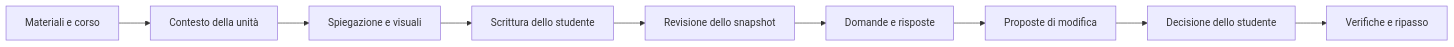
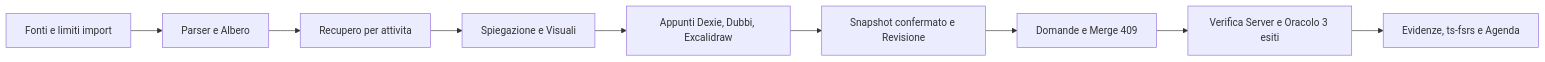
Before and after one commit to likingaxis/TutorAI: the diagram in docs/ARCHITETTURA.md, drawn with Mermaid. The commit also changed other lines of this file and 6 other files, not shown here.

````diff
--- a/docs/ARCHITETTURA.md
+++ b/docs/ARCHITETTURA.md
@@ -101,11 +98,11 @@
 ```mermaid
 flowchart LR
-    A[Materiali e corso] --> B[Contesto della unità]
-    B --> C[Spiegazione e visuali]
-    C --> D[Scrittura dello studente]
-    D --> E[Revisione dello snapshot]
-    E --> F[Domande e risposte]
-    F --> G[Proposte di modifica]
-    G --> H[Decisione dello studente]
-    H --> I[Verifiche e ripasso]
+    A[Fonti e limiti import] --> B[Parser e Albero]
+    B --> C[Recupero per attivita]
+    C --> D[Spiegazione e Visuali]
+    D --> E[Appunti Dexie, Dubbi, Excalidraw]
+    E --> F[Snapshot confermato e Revisione]
+    F --> G[Domande e Merge 409]
+    G --> H[Verifica Server e Oracolo 3 esiti]
+    H --> I[Evidenze, ts-fsrs e Agenda]
 ```
````
